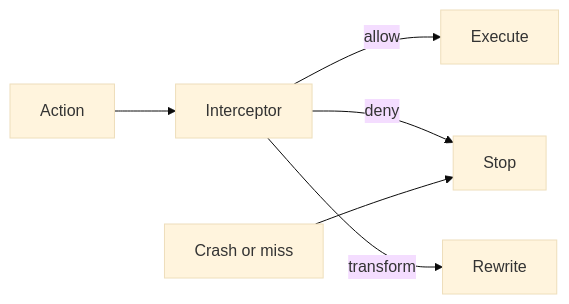
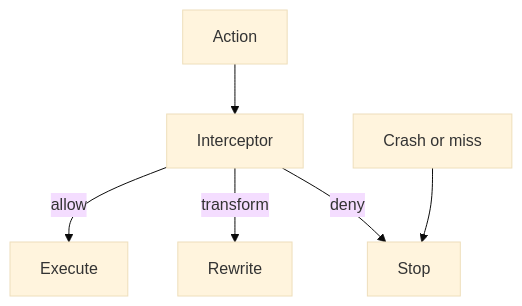
One commit to amoranio/Brief changed the second of 2 diagrams in src/content/posts/deny-has-to-mean-deny.md. Above: the diagram before and after it, drawn with Mermaid (base theme). The commit also changed other lines of this file and 8 other files, not shown here.

First line of the commit message:
Stop diagram edges cutting through boxes (#11)

````diff
--- a/src/content/posts/deny-has-to-mean-deny.md
+++ b/src/content/posts/deny-has-to-mean-deny.md
@@ -38,9 +38,9 @@
 ```mermaid
 %% caption: Three verdicts, and a crash still stops the action
-flowchart LR
+flowchart TD
   action[Action] --> hook[Interceptor]
   hook -->|allow| run[Execute]
+  hook -->|transform| rewrite[Rewrite]
   hook -->|deny| stop[Stop]
-  hook -->|transform| rewrite[Rewrite]
   crash[Crash or miss] --> stop
 ```
````
